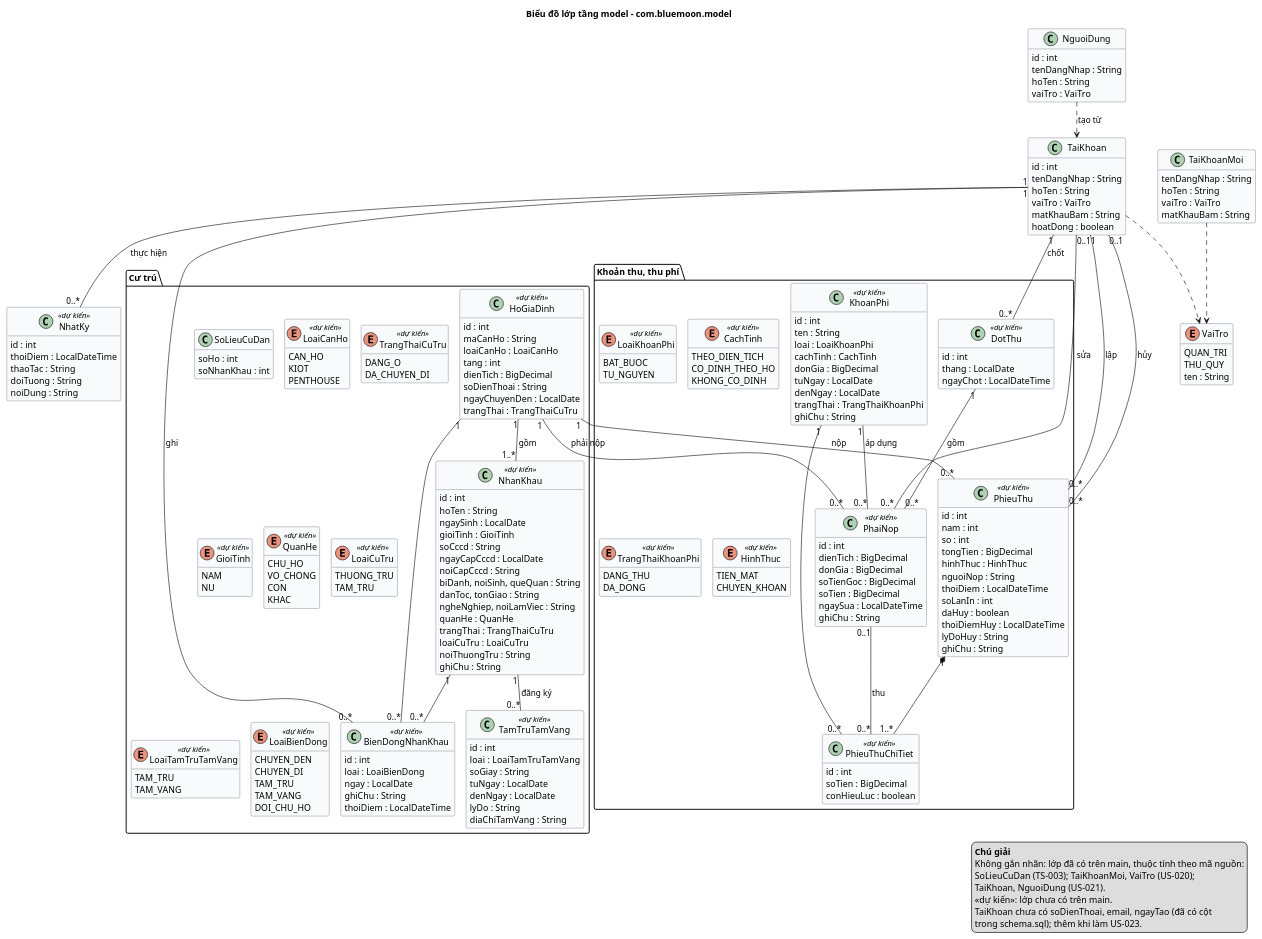
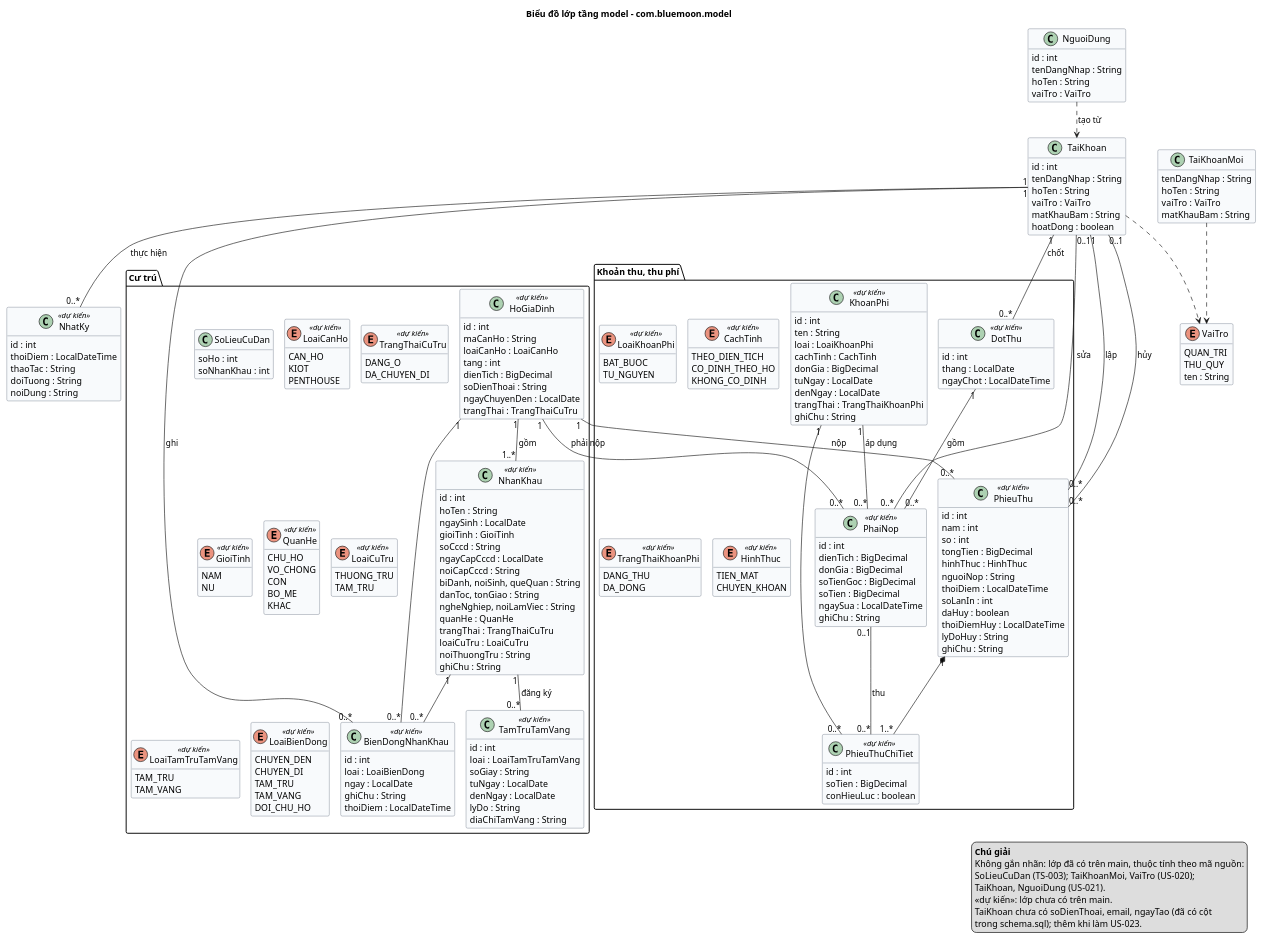
The diagram in docs/design/so-do/bieu-do-lop-model.puml (khanhdoan4106/IT3180-NMCNPM-GR16-20261), drawn with PlantUML before and after one commit. The commit also changed 13 other files, not shown here.

```diff
--- a/docs/design/so-do/bieu-do-lop-model.puml
+++ b/docs/design/so-do/bieu-do-lop-model.puml
@@ -119,6 +119,7 @@
     CHU_HO
     VO_CHONG
     CON
+    BO_ME
     KHAC
   }
   enum LoaiCuTru <<dự kiến>> {
```
